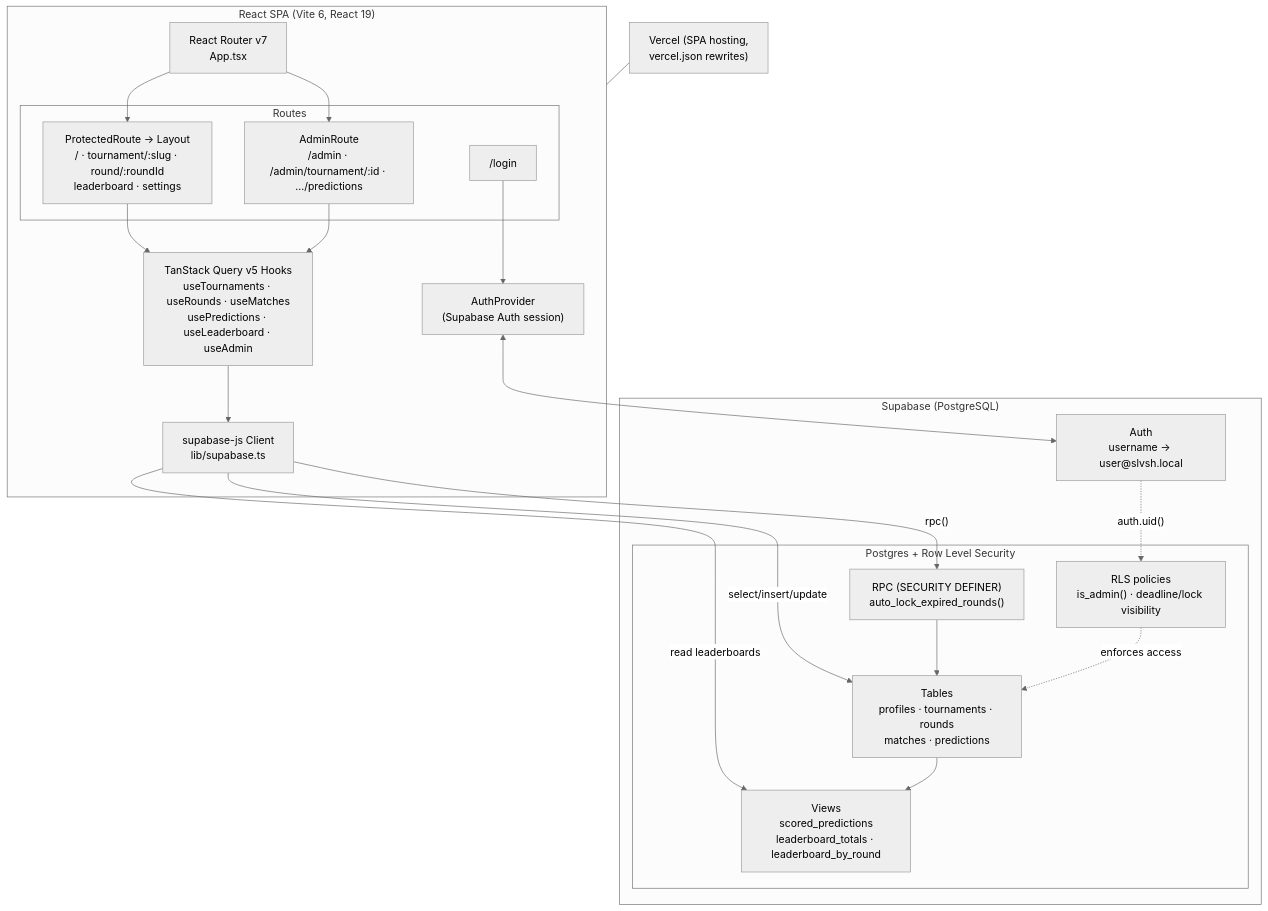
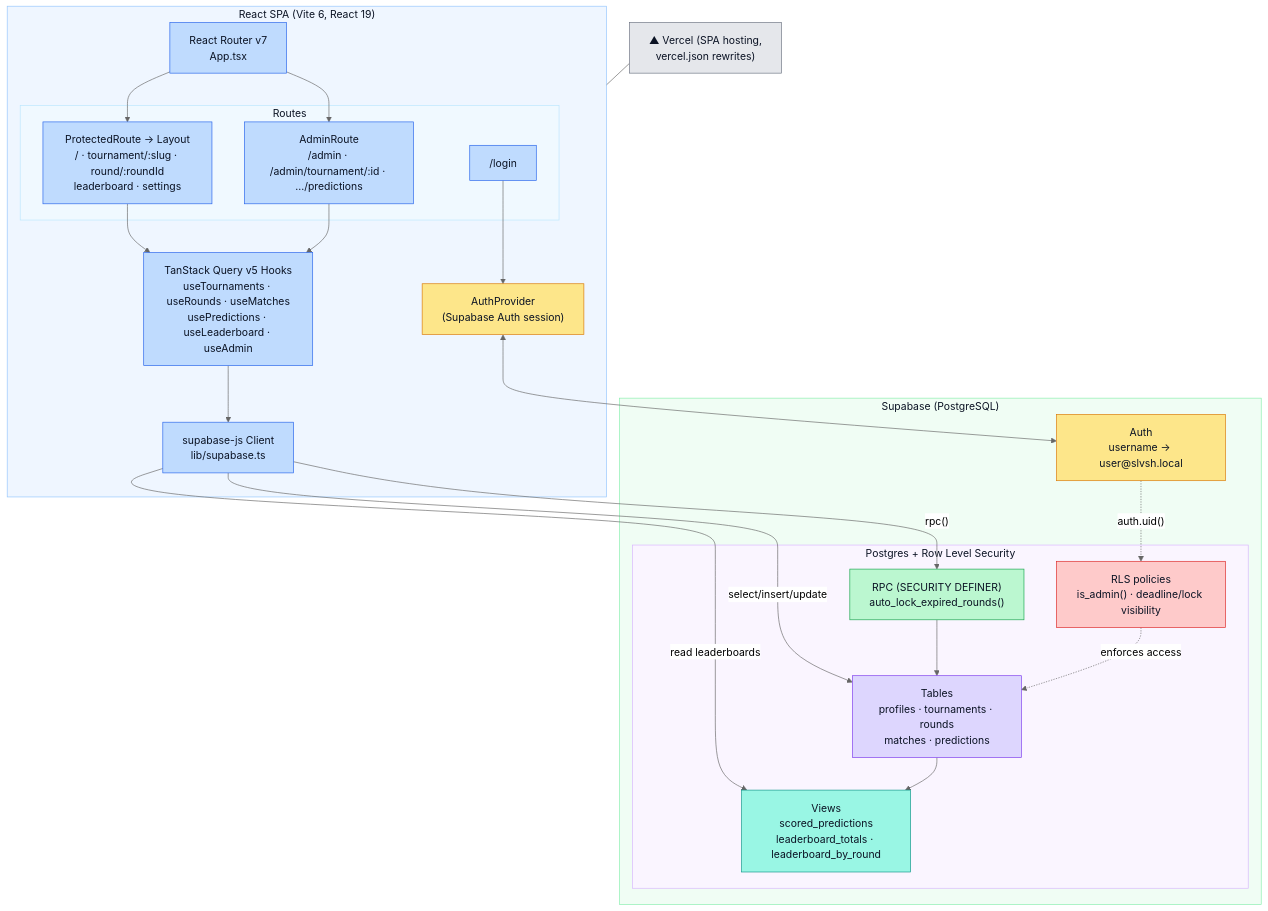
Before and after one commit to mae240/SLVSH-WEBAPP: the diagram in README.md, drawn with Mermaid (neutral theme).

Commit message:
README: farbiges Architektur-Diagramm (Mermaid classDef)

````diff
--- a/README.md
+++ b/README.md
@@ -55,41 +55,62 @@
 ```mermaid
 flowchart TB
     subgraph Client["React SPA (Vite 6, React 19)"]
         Router["React Router v7<br/>App.tsx"]
         Auth["AuthProvider<br/>(Supabase Auth session)"]
         subgraph Routes["Routes"]
             Login["/login"]
             Protected["ProtectedRoute → Layout<br/>/ · tournament/:slug · round/:roundId<br/>leaderboard · settings"]
             Admin["AdminRoute<br/>/admin · /admin/tournament/:id · .../predictions"]
         end
         Hooks["TanStack Query v5 Hooks<br/>useTournaments · useRounds · useMatches<br/>usePredictions · useLeaderboard · useAdmin"]
         SbClient["supabase-js Client<br/>lib/supabase.ts"]
     end
 
     subgraph Supabase["Supabase (PostgreSQL)"]
         SbAuth["Auth<br/>username → user@slvsh.local"]
         subgraph DB["Postgres + Row Level Security"]
             Tables["Tables<br/>profiles · tournaments · rounds<br/>matches · predictions"]
             Views["Views<br/>scored_predictions<br/>leaderboard_totals · leaderboard_by_round"]
             RPC["RPC (SECURITY DEFINER)<br/>auto_lock_expired_rounds()"]
             RLS["RLS policies<br/>is_admin() · deadline/lock visibility"]
         end
     end
 
     Login --> Auth
     Auth <--> SbAuth
     Router --> Protected
     Router --> Admin
     Protected --> Hooks
     Admin --> Hooks
     Hooks --> SbClient
     SbClient -->|"select/insert/update"| Tables
     SbClient -->|"read leaderboards"| Views
     SbClient -->|"rpc()"| RPC
     Tables --> Views
     RPC --> Tables
     RLS -.->|"enforces access"| Tables
     SbAuth -.->|"auth.uid()"| RLS
 
-    Vercel["Vercel (SPA hosting,<br/>vercel.json rewrites)"] --- Client
+    Vercel["▲ Vercel (SPA hosting,<br/>vercel.json rewrites)"] --- Client
+
+    classDef front fill:#bfdbfe,stroke:#2563eb,color:#0b1324;
+    classDef auth fill:#fde68a,stroke:#d97706,color:#0b1324;
+    classDef data fill:#ddd6fe,stroke:#7c3aed,color:#0b1324;
+    classDef store fill:#99f6e4,stroke:#0d9488,color:#0b1324;
+    classDef api fill:#bbf7d0,stroke:#16a34a,color:#0b1324;
+    classDef sec fill:#fecaca,stroke:#dc2626,color:#0b1324;
+    classDef ext fill:#e5e7eb,stroke:#6b7280,color:#0b1324;
+
+    class Router,Hooks,SbClient,Login,Protected,Admin front;
+    class Auth,SbAuth auth;
+    class Tables data;
+    class Views store;
+    class RPC api;
+    class RLS sec;
+    class Vercel ext;
+
+    style Client fill:#eff6ff,stroke:#93c5fd,color:#0b1324;
+    style Routes fill:#f0f9ff,stroke:#bae6fd,color:#0b1324;
+    style Supabase fill:#f0fdf4,stroke:#86efac,color:#0b1324;
+    style DB fill:#faf5ff,stroke:#d8b4fe,color:#0b1324;
 ```
````
